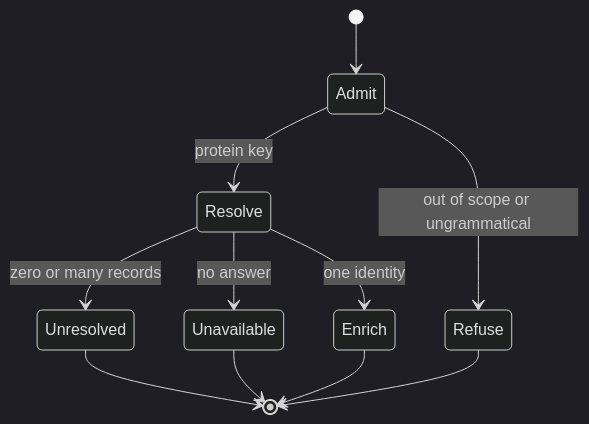
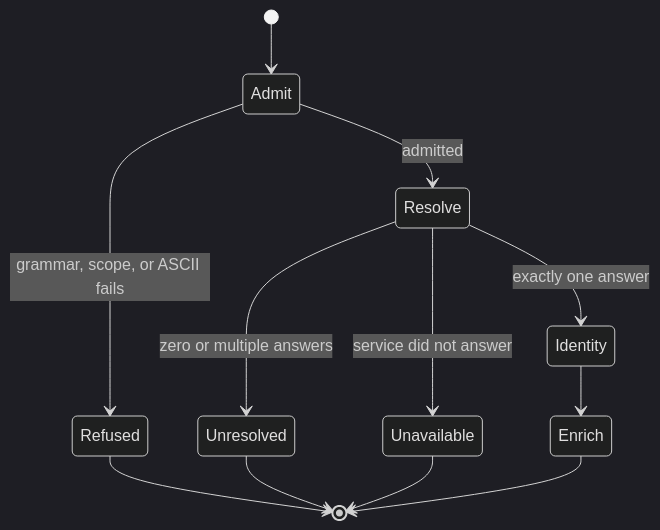
One commit to wetware-hq/catalog changed the diagram in skills/resolve-key.md. Above: the diagram before and after it, drawn with Mermaid (dark theme). The commit also changed other lines of this file and 10 other files, not shown here.

````diff
--- a/skills/resolve-key.md
+++ b/skills/resolve-key.md
@@ -62,13 +72,14 @@
 ```mermaid
 stateDiagram-v2
-[*] --> Admit
-Admit --> Refuse: out of scope or ungrammatical
-Admit --> Resolve: protein key
-Resolve --> Unresolved: zero or many records
-Resolve --> Unavailable: no answer
-Resolve --> Enrich: one identity
-Unresolved --> [*]
-Unavailable --> [*]
-Enrich --> [*]
-Refuse --> [*]
+    [*] --> Admit
+    Admit --> Refused: grammar, scope, or ASCII fails
+    Admit --> Resolve: admitted
+    Resolve --> Identity: exactly one answer
+    Resolve --> Unresolved: zero or multiple answers
+    Resolve --> Unavailable: service did not answer
+    Identity --> Enrich
+    Refused --> [*]
+    Unresolved --> [*]
+    Unavailable --> [*]
+    Enrich --> [*]
 ```
````
